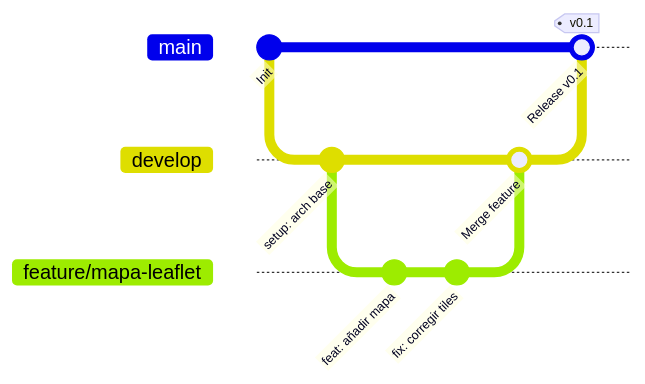
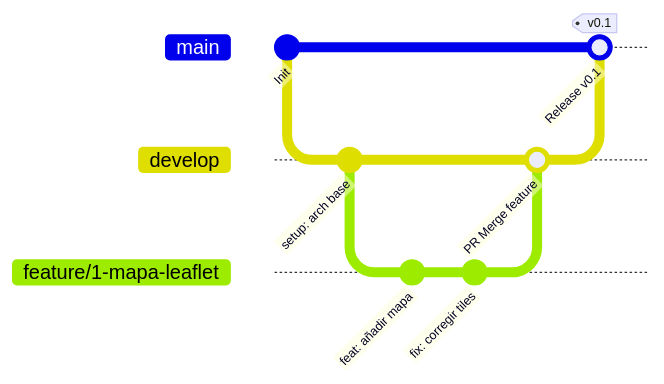
One commit to P4bl0P/tfg-incendios changed the diagram in docs/01_Grupo_Inicio_y_Planificacion/plan_de_ejecucion.md. Above: the diagram before and after it, drawn with Mermaid. The commit also changed other lines of this file, not shown here.

````diff
--- a/docs/01_Grupo_Inicio_y_Planificacion/plan_de_ejecucion.md
+++ b/docs/01_Grupo_Inicio_y_Planificacion/plan_de_ejecucion.md
@@ -32,15 +32,15 @@
 ```mermaid
 gitGraph
     commit id: "Init"
     branch develop
     checkout develop
     commit id: "setup: arch base"
-    branch feature/mapa-leaflet
-    checkout feature/mapa-leaflet
+    branch feature/1-mapa-leaflet
+    checkout feature/1-mapa-leaflet
     commit id: "feat: añadir mapa"
     commit id: "fix: corregir tiles"
     checkout develop
-    merge feature/mapa-leaflet id: "Merge feature"
+    merge feature/1-mapa-leaflet id: "PR Merge feature"
     checkout main
     merge develop id: "Release v0.1" tag: "v0.1"
 ```
````
